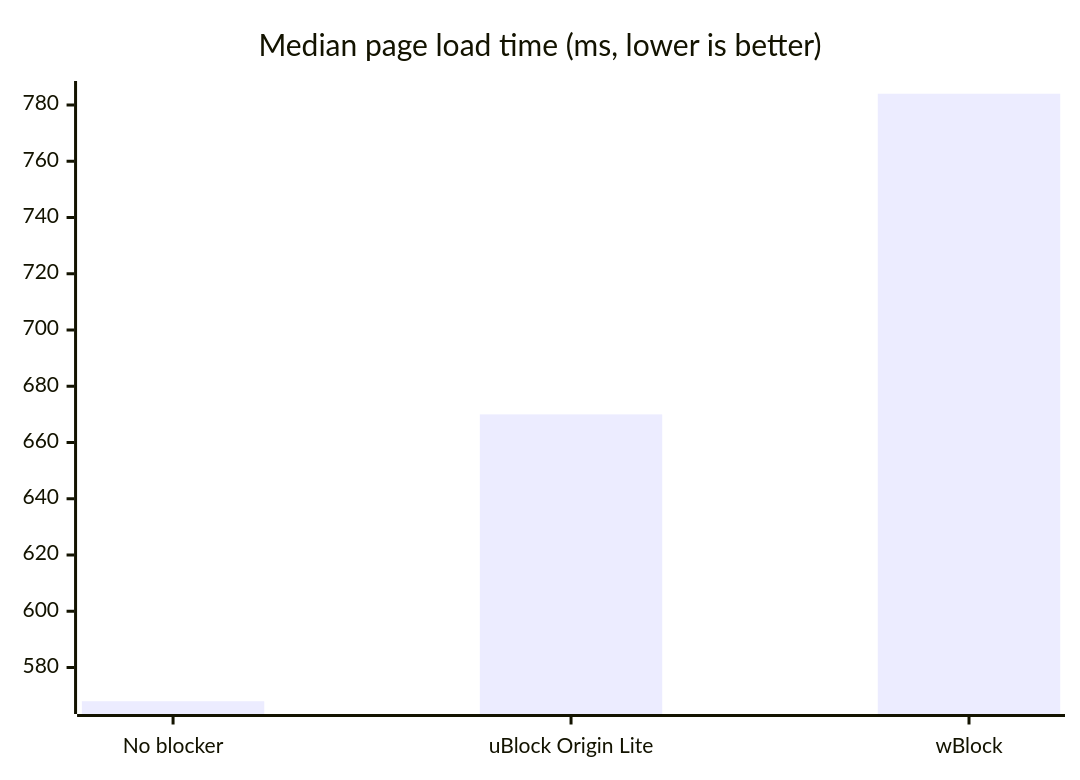
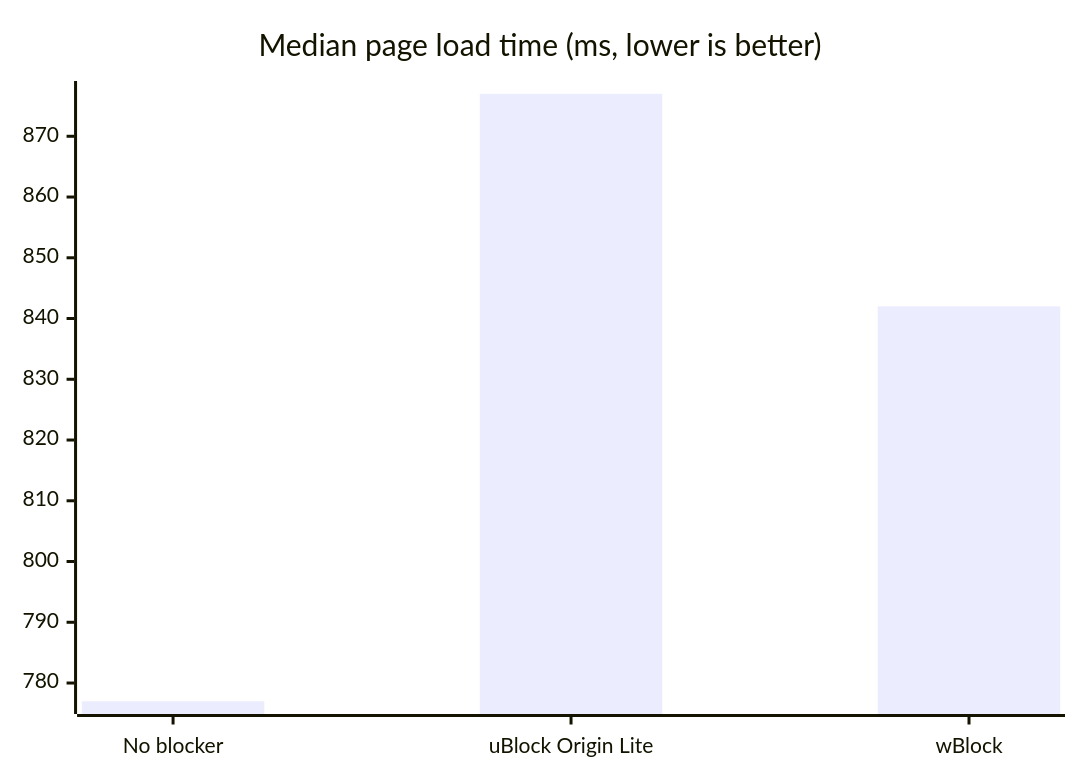
Before and after one commit to btecu/safari-ad: the second of 2 diagrams in README.md, drawn with Mermaid. The commit also changed other lines of this file and 46 other files, not shown here.

````diff
--- a/README.md
+++ b/README.md
@@ -61,6 +65,6 @@
 ```mermaid
 xychart-beta
   title "Median page load time (ms, lower is better)"
   x-axis ["No blocker", "uBlock Origin Lite", "wBlock"]
-  bar [568, 670, 784]
+  bar [777, 877, 842]
 ```
````
